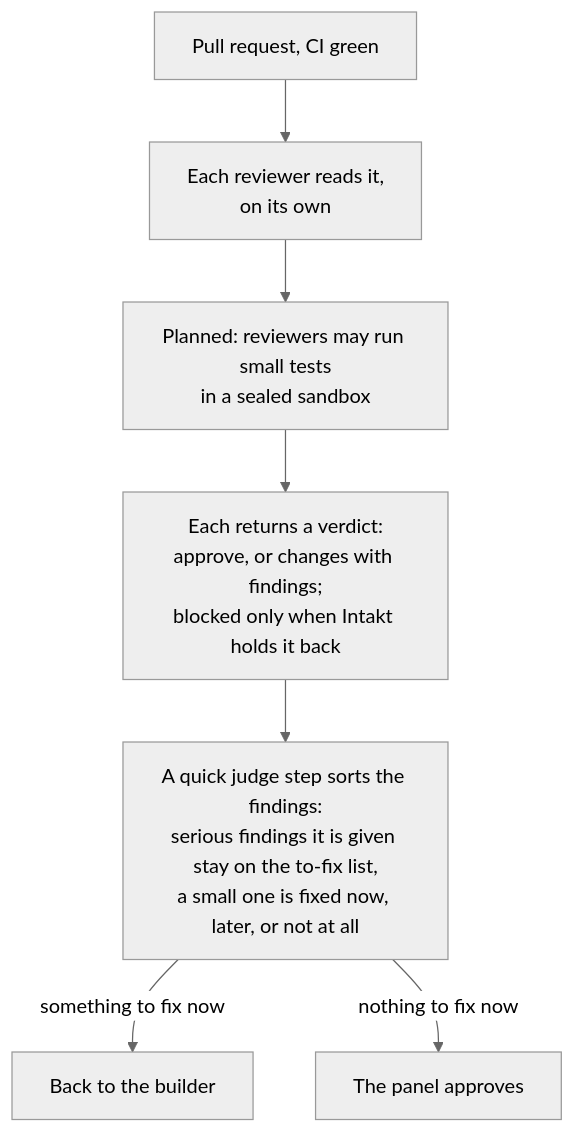
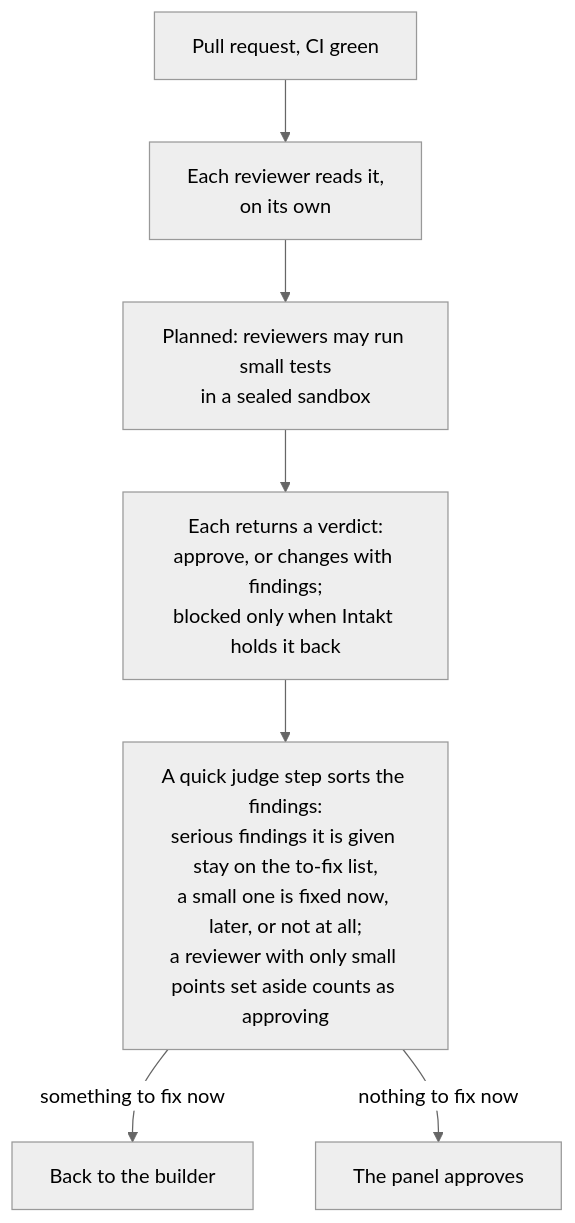
Before and after one commit to shinyredapples/intakt: the fourth of 5 diagrams in docs/guide/the-journey-of-a-task.md, drawn with Mermaid (neutral theme). The commit also changed other lines of this file and 3 other files, not shown here.

````diff
--- a/docs/guide/the-journey-of-a-task.md
+++ b/docs/guide/the-journey-of-a-task.md
@@ -94,9 +94,9 @@
 ```mermaid
 flowchart TD
   pr[Pull request, CI green] --> panel[Each reviewer reads it,<br/>on its own]
   panel --> probes[Planned: reviewers may run small tests<br/>in a sealed sandbox]
   probes --> verdicts[Each returns a verdict:<br/>approve, or changes with findings;<br/>blocked only when Intakt holds it back]
-  verdicts --> judge[A quick judge step sorts the findings:<br/>serious findings it is given stay on the to-fix list,<br/>a small one is fixed now, later, or not at all]
+  verdicts --> judge[A quick judge step sorts the findings:<br/>serious findings it is given stay on the to-fix list,<br/>a small one is fixed now, later, or not at all;<br/>a reviewer with only small points set aside counts as approving]
   judge -- something to fix now --> build[Back to the builder]
   judge -- nothing to fix now --> pass[The panel approves]
 ```
````
